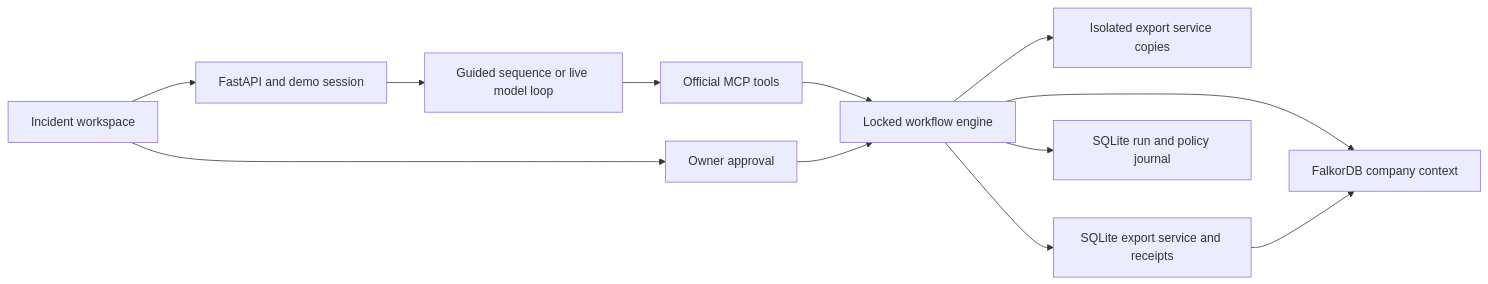
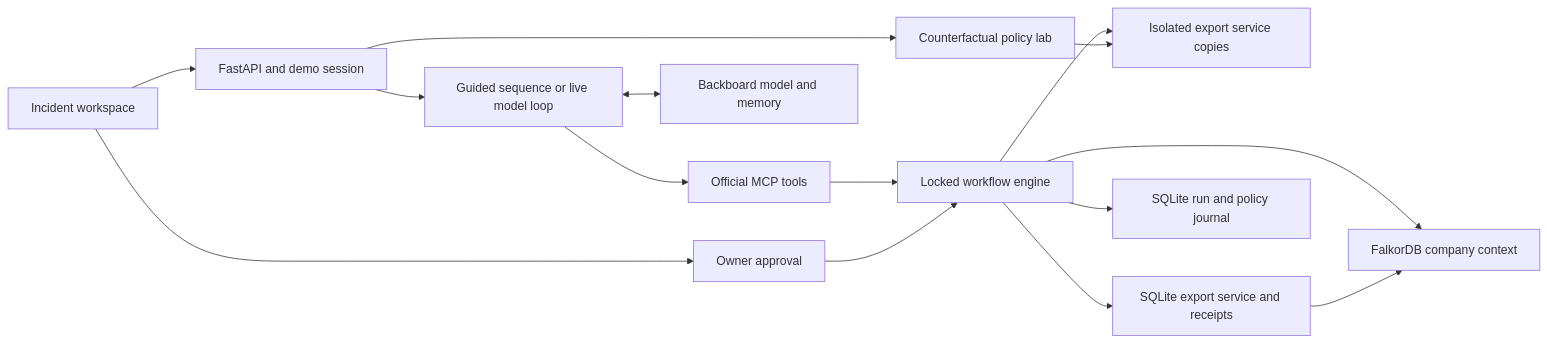
The diagram in docs/architecture.md (aman-a-shah/rehearsal), drawn with Mermaid before and after one commit. The commit also changed other lines of this file and 12 other files, not shown here.

Commit message:
feat: add runnable examples and document graph verification

````diff
--- a/docs/architecture.md
+++ b/docs/architecture.md
@@ -5,14 +5,17 @@
 ```mermaid
 flowchart LR
     UI[Incident workspace] --> API[FastAPI and demo session]
     API --> Runner[Guided sequence or live model loop]
     Runner --> MCP[Official MCP tools]
+    Runner <--> Backboard[Backboard model and memory]
     MCP --> Engine[Locked workflow engine]
     Engine --> Graph[FalkorDB company context]
     Engine --> Trials[Isolated export service copies]
+    API --> Lab[Counterfactual policy lab]
+    Lab --> Trials
     UI --> Review[Owner approval]
     Review --> Engine
     Engine --> Target[SQLite export service and receipts]
     Engine --> Journal[SQLite run and policy journal]
     Target --> Graph
 ```
````
